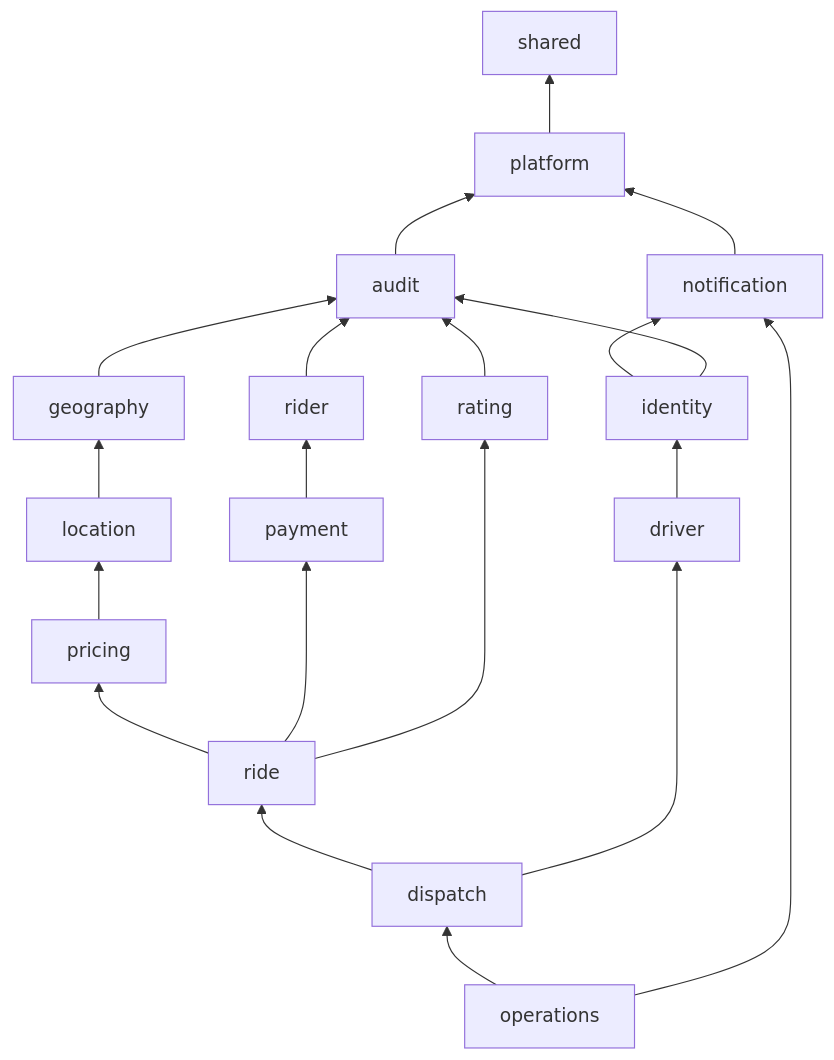
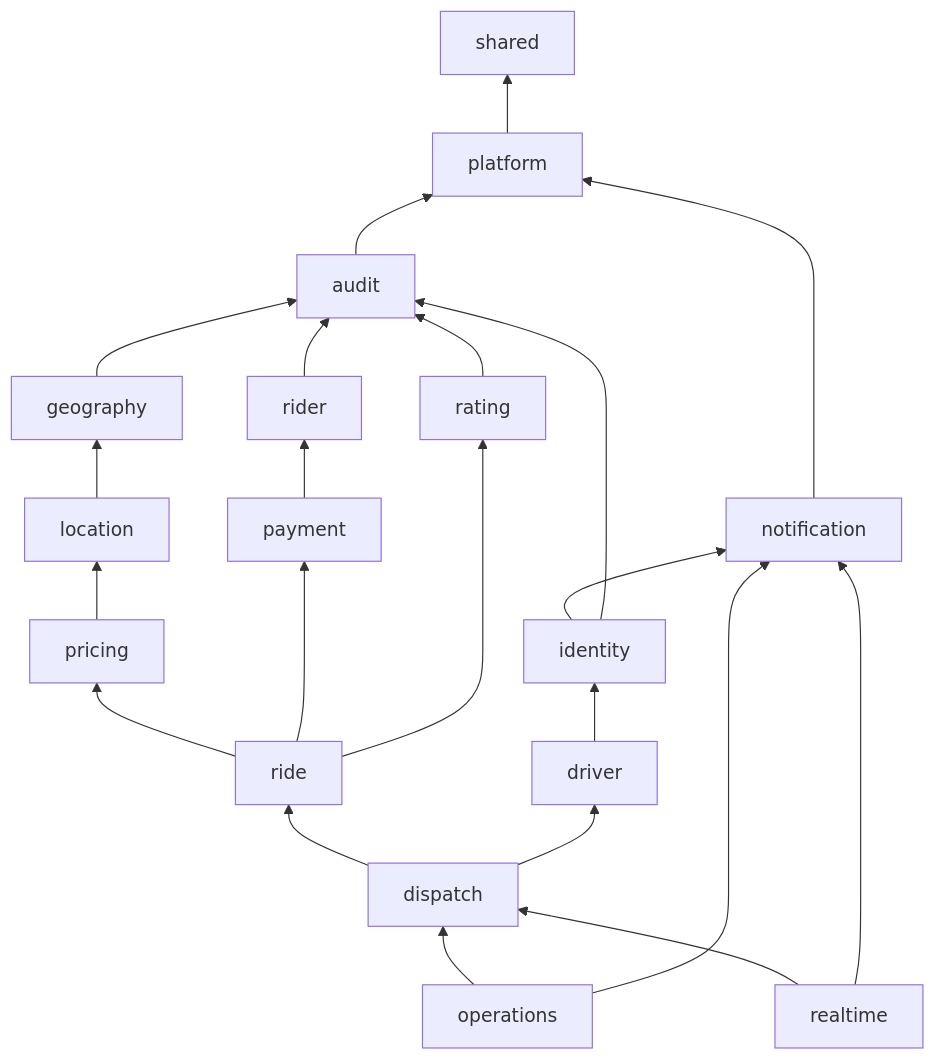
Before and after one commit to Deepika-1201/ride-hailing-platform: the first of 2 diagrams in docs/low-level-design.md, drawn with Mermaid. The commit also changed other lines of this file and 109 other files, not shown here.

````diff
--- a/docs/low-level-design.md
+++ b/docs/low-level-design.md
@@ -146,23 +148,25 @@
 ```mermaid
 flowchart BT
     shared["shared"]
     platform["platform"] --> shared
     audit["audit"] --> platform
     notification["notification"] --> platform
     identity["identity"] --> notification
     identity --> audit
     rider["rider"] --> audit
     driver["driver"] --> identity
     geography["geography"] --> audit
     rating["rating"] --> audit
     location["location"] --> geography
     pricing["pricing"] --> location
     payment["payment"] --> rider
     ride["ride"] --> pricing
     ride --> payment
     ride --> rating
     dispatch["dispatch"] --> ride
     dispatch --> driver
     operations["operations"] --> dispatch
     operations --> notification
+    realtime["realtime"] --> dispatch
+    realtime --> notification
 ```
````
